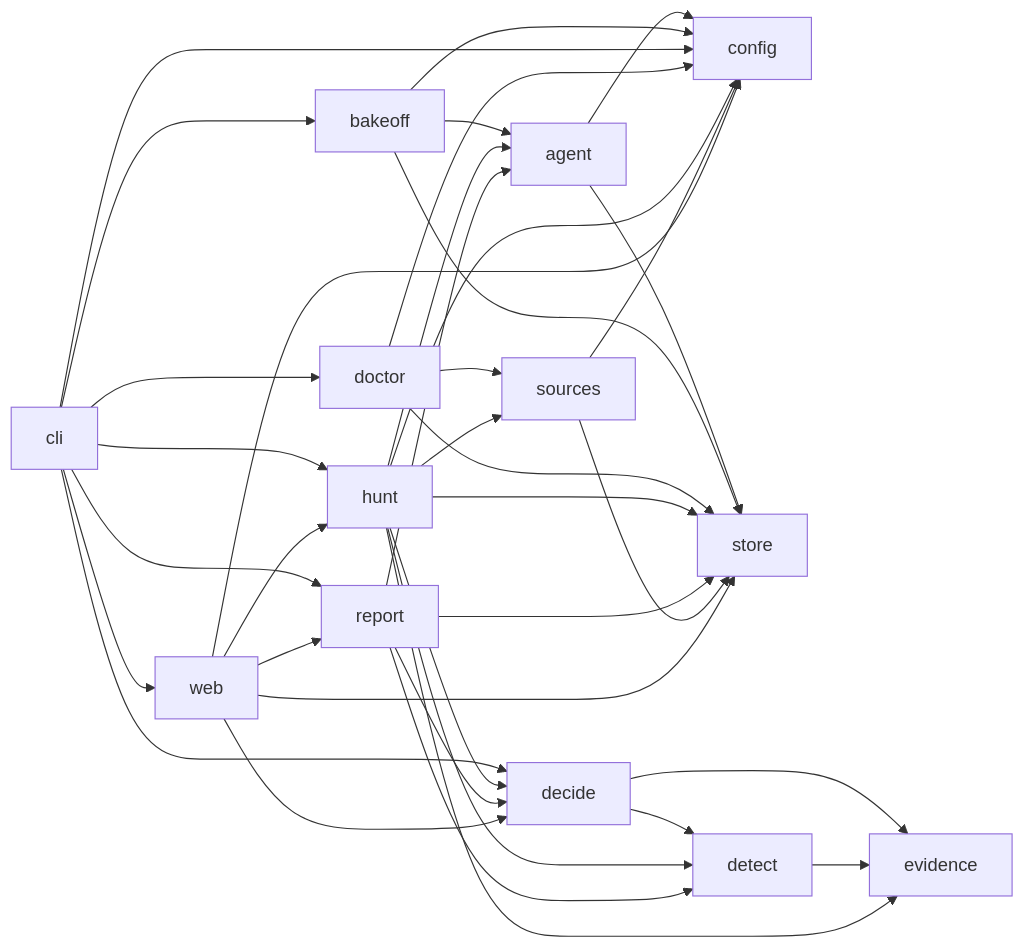
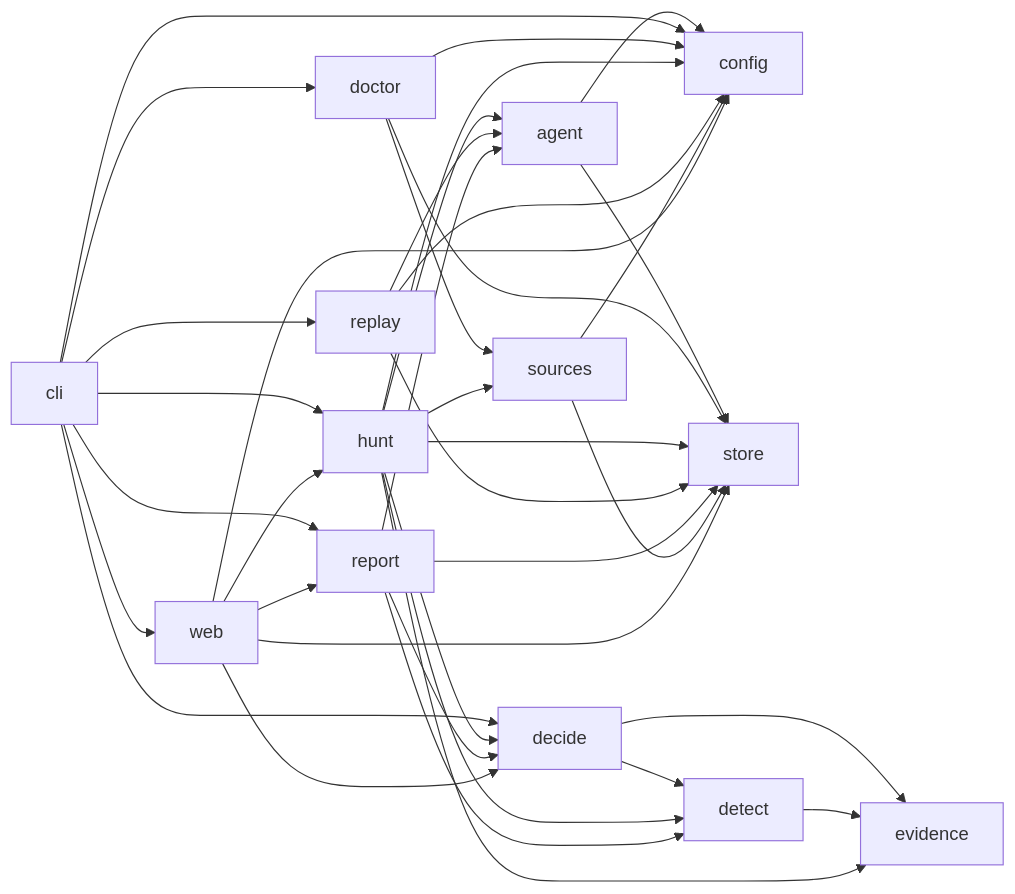
The diagram in docs/architecture/MODULE_MAP.md (nickthabib-cloud/ROMULUS), drawn with Mermaid before and after one commit. The commit also changed other lines of this file and 10 other files, not shown here.

Commit message:
refactor(replay): rename bakeoff package and CLI

````diff
--- a/docs/architecture/MODULE_MAP.md
+++ b/docs/architecture/MODULE_MAP.md
@@ -72,39 +78,39 @@
 ```mermaid
 graph LR
   agent --> config
   agent --> store
-  bakeoff --> agent
-  bakeoff --> config
-  bakeoff --> store
-  cli --> bakeoff
   cli --> config
   cli --> decide
   cli --> doctor
   cli --> hunt
+  cli --> replay
   cli --> report
   cli --> web
   decide --> detect
   decide --> evidence
   detect --> evidence
   doctor --> config
   doctor --> sources
   doctor --> store
   hunt --> agent
   hunt --> config
   hunt --> decide
   hunt --> detect
   hunt --> evidence
   hunt --> sources
   hunt --> store
+  replay --> agent
+  replay --> config
+  replay --> store
   report --> agent
   report --> decide
   report --> detect
   report --> store
   sources --> config
   sources --> store
   web --> config
   web --> decide
   web --> hunt
   web --> report
   web --> store
 ```
````
